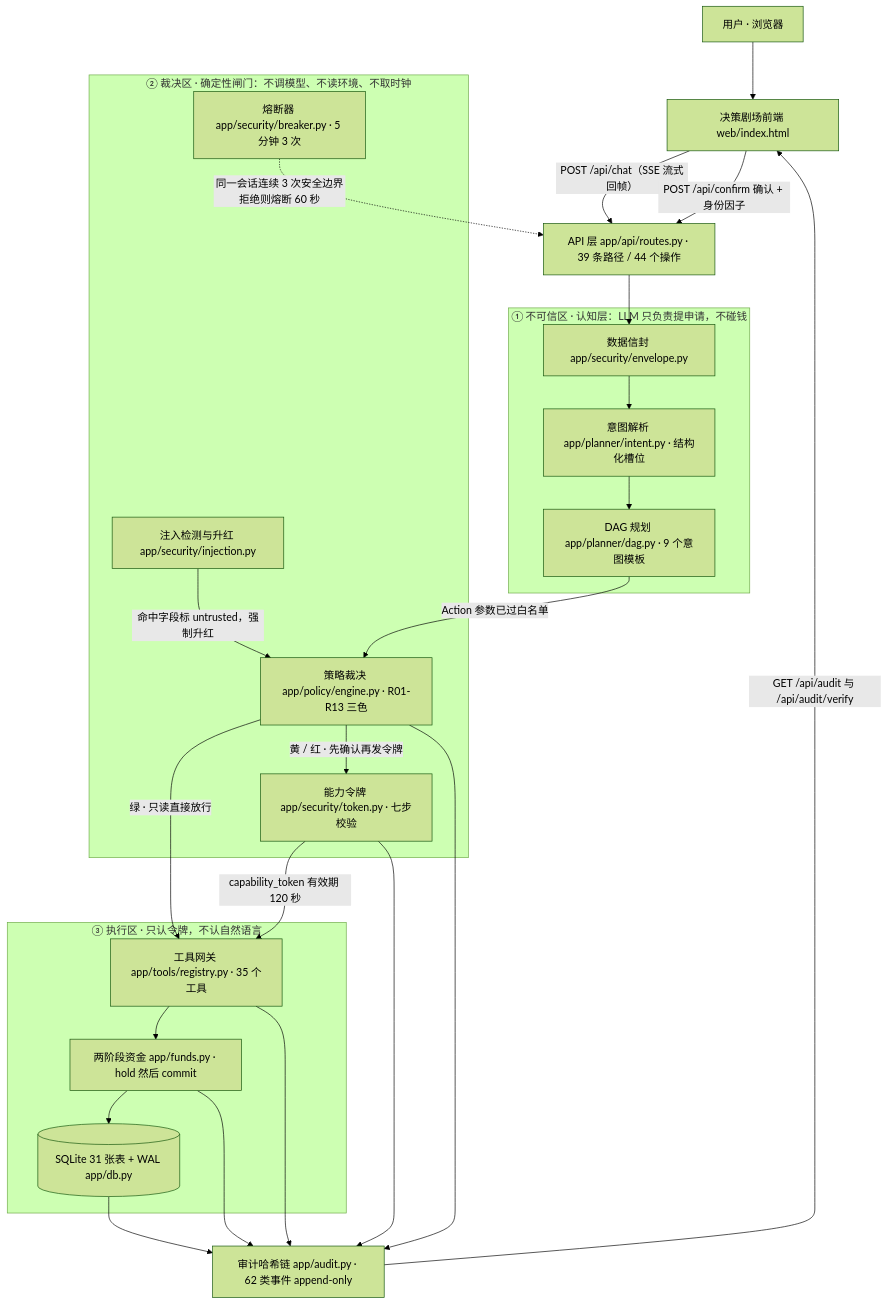
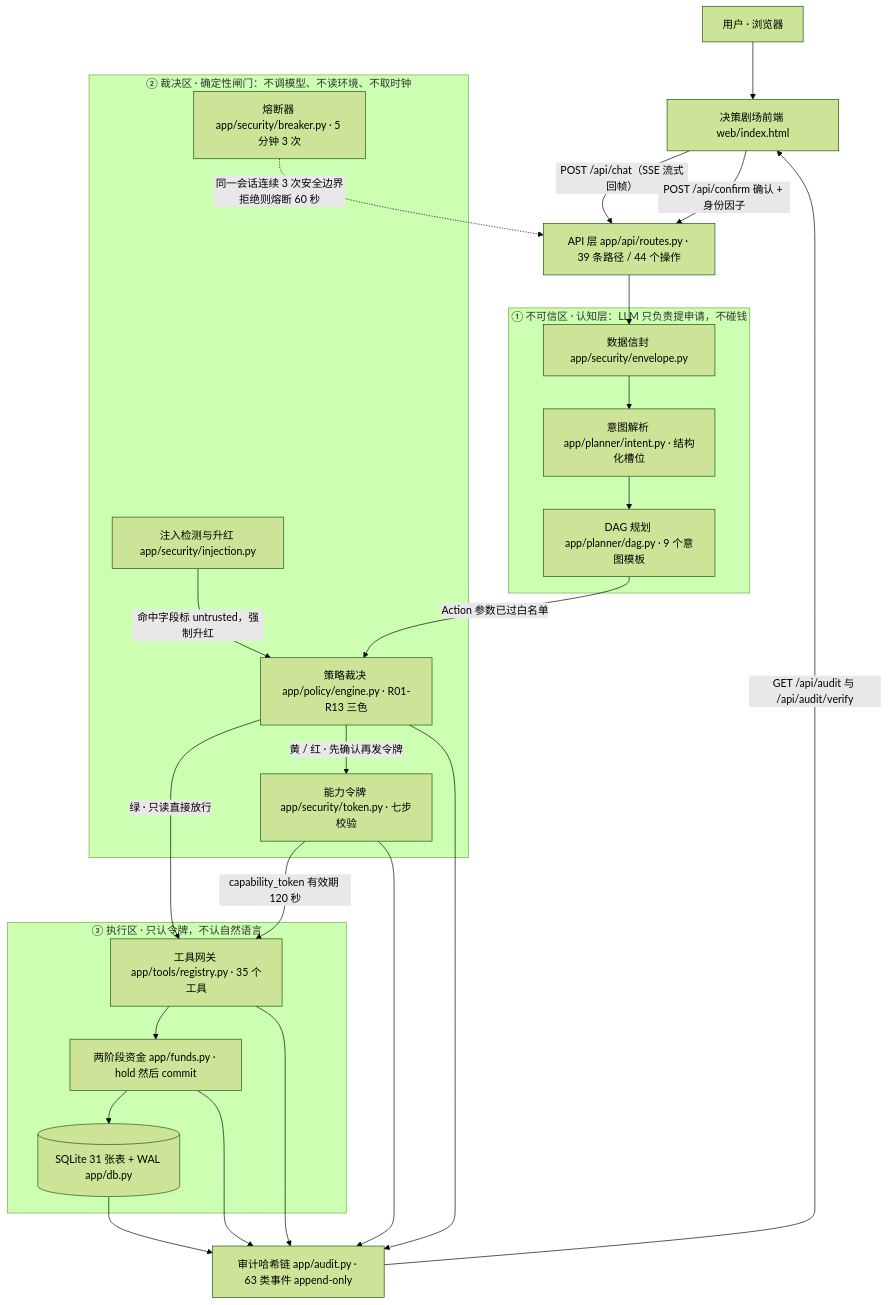
The first of 2 diagrams in docs/技术文档.md (peng6yu/banking-agent), drawn with Mermaid (forest theme) before and after one commit. The commit also changed other lines of this file and 27 other files, not shown here.

````diff
--- a/docs/技术文档.md
+++ b/docs/技术文档.md
@@ -56,42 +56,42 @@
 ```mermaid
 flowchart TD
     U["用户 · 浏览器"] --> FE["决策剧场前端 web/index.html"]
     FE -->|"POST /api/chat（SSE 流式回帧）"| API["API 层 app/api/routes.py · 39 条路径 / 44 个操作"]
     FE -->|"POST /api/confirm 确认 + 身份因子"| API
 
     subgraph L1["① 不可信区 · 认知层：LLM 只负责提申请，不碰钱"]
         ENV["数据信封 app/security/envelope.py"]
         INT["意图解析 app/planner/intent.py · 结构化槽位"]
         DAG["DAG 规划 app/planner/dag.py · 9 个意图模板"]
     end
 
     subgraph L2["② 裁决区 · 确定性闸门：不调模型、不读环境、不取时钟"]
         INJ["注入检测与升红 app/security/injection.py"]
         PE["策略裁决 app/policy/engine.py · R01-R13 三色"]
         TK["能力令牌 app/security/token.py · 七步校验"]
         BRK["熔断器 app/security/breaker.py · 5 分钟 3 次"]
     end
 
     subgraph L3["③ 执行区 · 只认令牌，不认自然语言"]
         REG["工具网关 app/tools/registry.py · 35 个工具"]
         FND["两阶段资金 app/funds.py · hold 然后 commit"]
         DB[("SQLite 31 张表 + WAL app/db.py")]
     end
 
-    AUD["审计哈希链 app/audit.py · 62 类事件 append-only"]
+    AUD["审计哈希链 app/audit.py · 63 类事件 append-only"]
 
     API --> ENV --> INT --> DAG
     DAG -->|"Action 参数已过白名单"| PE
     INJ -->|"命中字段标 untrusted，强制升红"| PE
     PE -->|"绿 · 只读直接放行"| REG
     PE -->|"黄 / 红 · 先确认再发令牌"| TK
     TK -->|"capability_token 有效期 120 秒"| REG
     BRK -.->|"同一会话连续 3 次安全边界拒绝则熔断 60 秒"| API
     REG --> FND --> DB
     REG --> AUD
     FND --> AUD
     PE --> AUD
     TK --> AUD
     DB --> AUD
     AUD -->|"GET /api/audit 与 /api/audit/verify"| FE
 ```
````
